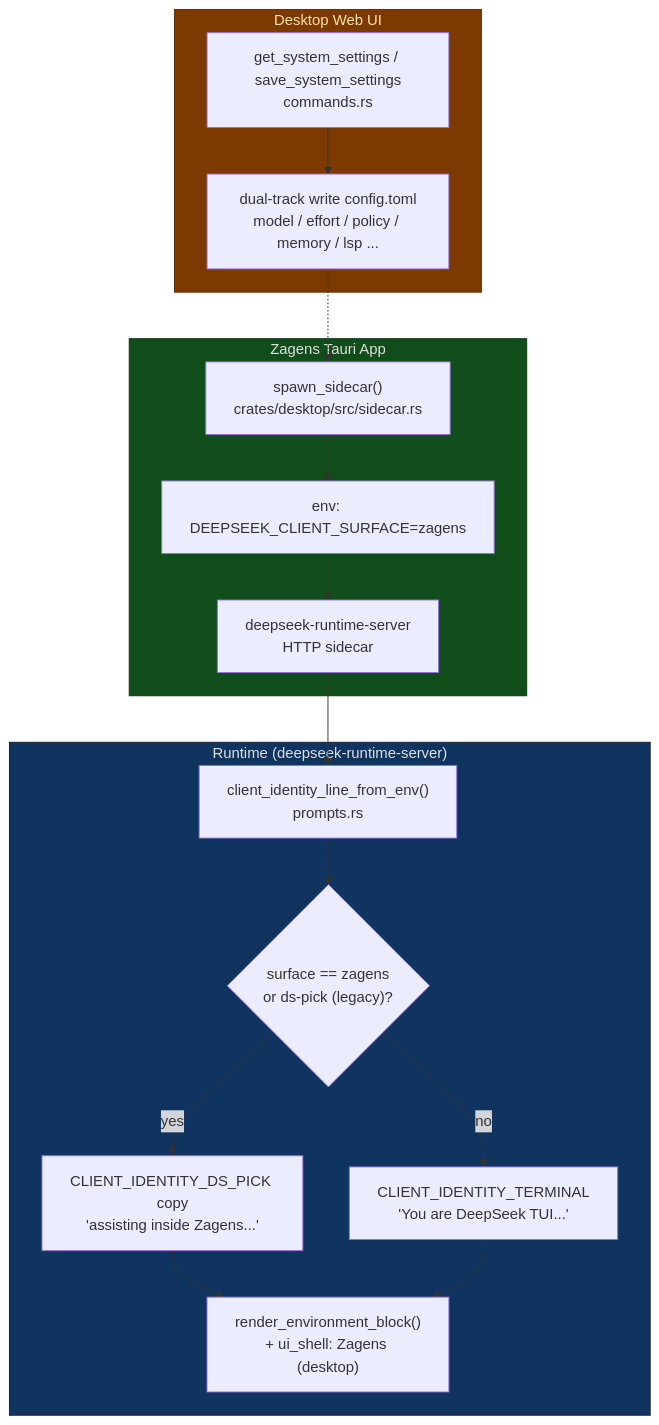
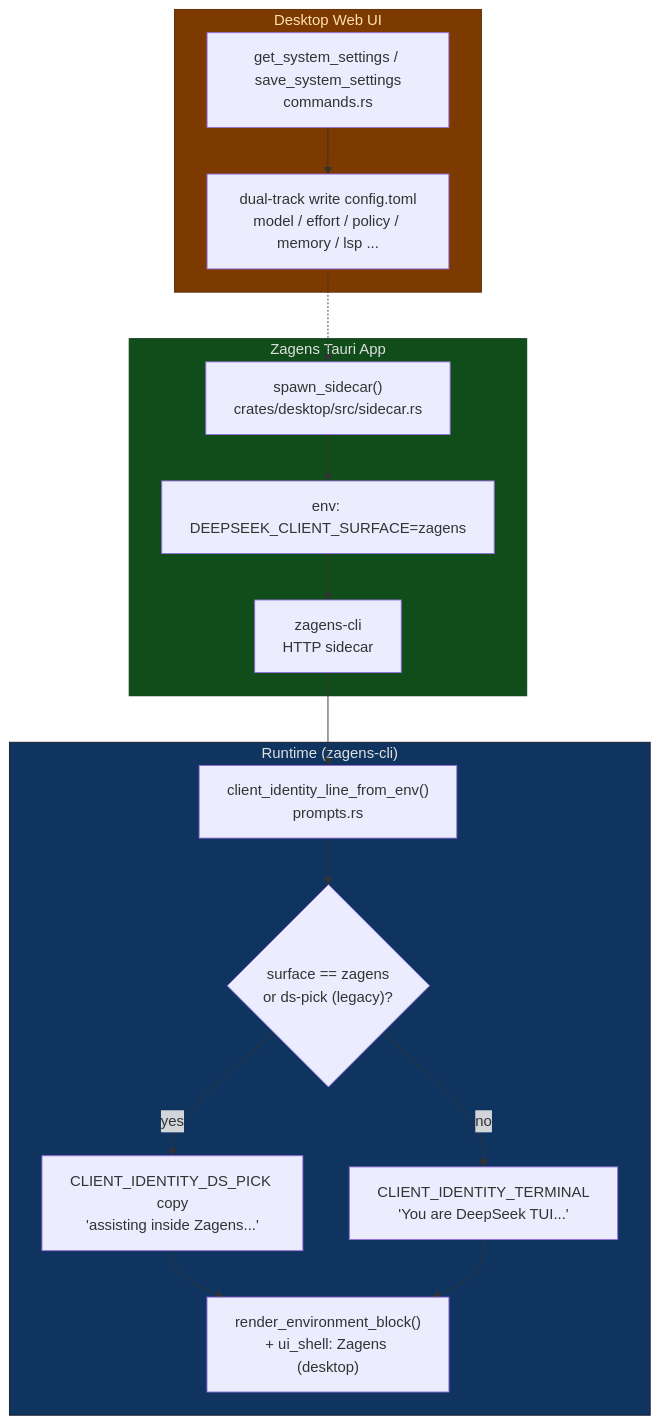
One commit to didclawapp-ai/zagens changed the sixth of 7 diagrams in docs/prompt-architecture.md. Above: the diagram before and after it, drawn with Mermaid. The commit also changed other lines of this file and 68 other files, not shown here.

First line of the commit message:
feat(cli): add headless zagens CLI and rename crate to zagens-cli

````diff
--- a/docs/prompt-architecture.md
+++ b/docs/prompt-architecture.md
@@ -261,37 +261,37 @@
 ```mermaid
 flowchart TD
     subgraph DESKTOP["Zagens Tauri App"]
         SIDECAR["spawn_sidecar()<br/>crates/desktop/src/sidecar.rs"]
         ENV["env: DEEPSEEK_CLIENT_SURFACE=zagens"]
-        SERVE["deepseek-runtime-server<br/>HTTP sidecar"]
+        SERVE["zagens-cli<br/>HTTP sidecar"]
     end
 
-    subgraph RUNTIME["Runtime (deepseek-runtime-server)"]
+    subgraph RUNTIME["Runtime (zagens-cli)"]
         DETECT["client_identity_line_from_env()<br/>prompts.rs"]
         SWITCH{"surface == zagens<br/>or ds-pick (legacy)?"}
         ID_ZAGENS["CLIENT_IDENTITY_DS_PICK copy<br/>'assisting inside Zagens...'"]
         ID_TUI["CLIENT_IDENTITY_TERMINAL<br/>'You are DeepSeek TUI...'"]
         ENV_BLOCK["render_environment_block()<br/>+ ui_shell: Zagens (desktop)"]
     end
 
     subgraph WEB["Desktop Web UI"]
         PANEL["get_system_settings / save_system_settings<br/>commands.rs"]
         SYNC["dual-track write config.toml<br/>model / effort / policy / memory / lsp ..."]
     end
 
     SIDECAR --> ENV
     ENV --> SERVE
     SERVE --> DETECT
     DETECT --> SWITCH
     SWITCH -->|yes| ID_ZAGENS
     SWITCH -->|no| ID_TUI
     ID_ZAGENS --> ENV_BLOCK
     ID_TUI --> ENV_BLOCK
 
     PANEL --> SYNC
     SYNC -.-> SIDECAR
 
     style DESKTOP fill:#114d1a,stroke:#0a3a10,color:#e0e0e0
     style RUNTIME fill:#0f3460,stroke:#1a1a2e,color:#e0e0e0
     style WEB fill:#7c3a00,stroke:#5c2a00,color:#ffe0b0
 ```
````
